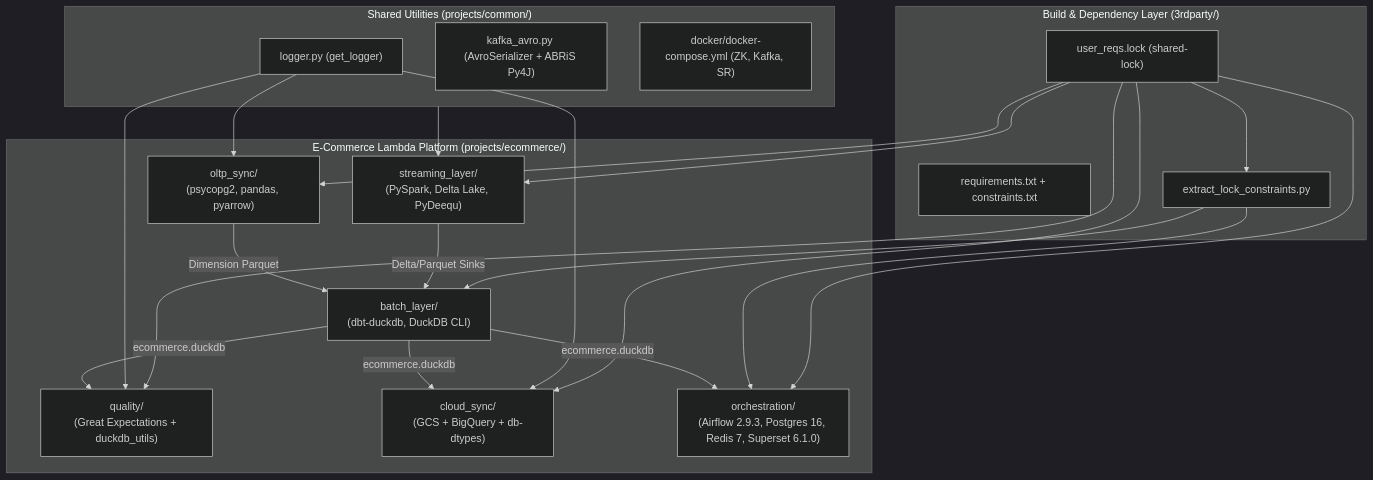
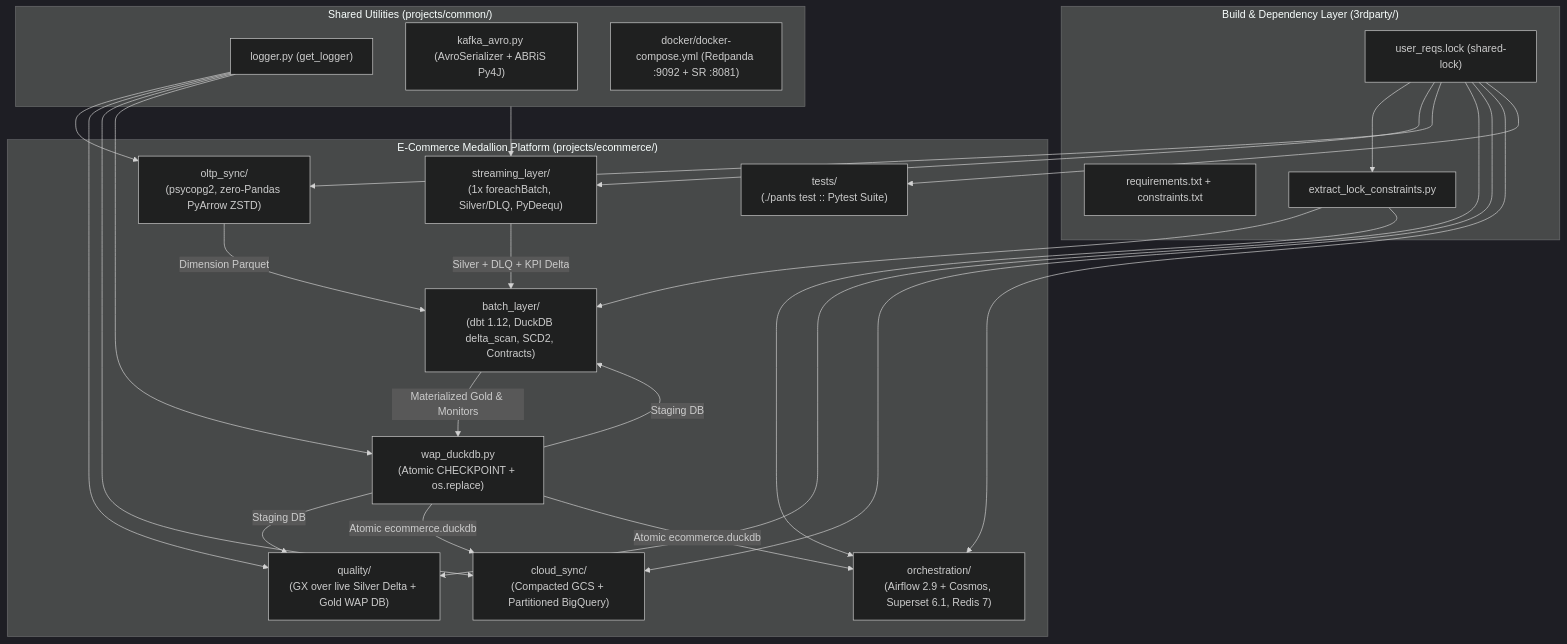
The first of 3 diagrams in docs/wiki/Architecture-Overview.md (JayKay24/data-engineering), drawn with Mermaid (dark theme) before and after one commit. The commit also changed other lines of this file and 77 other files, not shown here.

Commit message:
feat(ecommerce): modernize pipeline to Medallion Lakehouse with Redpanda, WAP DuckDB, SCD2, Cosmos & CI

````diff
--- a/docs/wiki/Architecture-Overview.md
+++ b/docs/wiki/Architecture-Overview.md
@@ -7,34 +7,38 @@
 ```mermaid
 flowchart TD
   subgraph Root ["Build & Dependency Layer (3rdparty/)"]
     Reqs["requirements.txt + constraints.txt"]
     Lock["user_reqs.lock (shared-lock)"]
     Extractor["extract_lock_constraints.py"]
   end
 
   subgraph Shared ["Shared Utilities (projects/common/)"]
     Logger["logger.py (get_logger)"]
     KafkaAvro["kafka_avro.py (AvroSerializer + ABRiS Py4J)"]
-    KafkaDocker["docker/docker-compose.yml (ZK, Kafka, SR)"]
+    Redpanda["docker/docker-compose.yml (Redpanda :9092 + SR :8081)"]
   end
 
-  subgraph Platform ["E-Commerce Lambda Platform (projects/ecommerce/)"]
-    Stream["streaming_layer/<br/>(PySpark, Delta Lake, PyDeequ)"]
-    OLTP["oltp_sync/<br/>(psycopg2, pandas, pyarrow)"]
-    Batch["batch_layer/<br/>(dbt-duckdb, DuckDB CLI)"]
-    Quality["quality/<br/>(Great Expectations + duckdb_utils)"]
-    Cloud["cloud_sync/<br/>(GCS + BigQuery + db-dtypes)"]
-    Orch["orchestration/<br/>(Airflow 2.9.3, Postgres 16, Redis 7, Superset 6.1.0)"]
+  subgraph Platform ["E-Commerce Medallion Platform (projects/ecommerce/)"]
+    Stream["streaming_layer/<br/>(1x foreachBatch, Silver/DLQ, PyDeequ)"]
+    OLTP["oltp_sync/<br/>(psycopg2, zero-Pandas PyArrow ZSTD)"]
+    Batch["batch_layer/<br/>(dbt 1.12, DuckDB delta_scan, SCD2, Contracts)"]
+    Quality["quality/<br/>(GX over live Silver Delta + Gold WAP DB)"]
+    WAP["wap_duckdb.py<br/>(Atomic CHECKPOINT + os.replace)"]
+    Cloud["cloud_sync/<br/>(Compacted GCS + Partitioned BigQuery)"]
+    Orch["orchestration/<br/>(Airflow 2.9 + Cosmos, Superset 6.1, Redis 7)"]
+    Tests["tests/<br/>(./pants test :: Pytest Suite)"]
   end
 
   Lock --> Extractor
-  Lock --> Stream & OLTP & Quality & Cloud & Orch
+  Lock --> Stream & OLTP & Quality & Cloud & Orch & Tests
   Extractor --> Batch & Orch
 
   Shared --> Stream
-  Logger --> OLTP & Quality & Cloud
+  Logger --> OLTP & Quality & Cloud & WAP
 
-  Stream -->|Delta/Parquet Sinks| Batch
+  Stream -->|Silver + DLQ + KPI Delta| Batch
   OLTP -->|Dimension Parquet| Batch
-  Batch -->|ecommerce.duckdb| Quality & Cloud & Orch
+  WAP -->|Staging DB| Batch & Quality
+  Batch -->|Materialized Gold & Monitors| WAP
+  WAP -->|Atomic ecommerce.duckdb| Cloud & Orch
 ```
````
